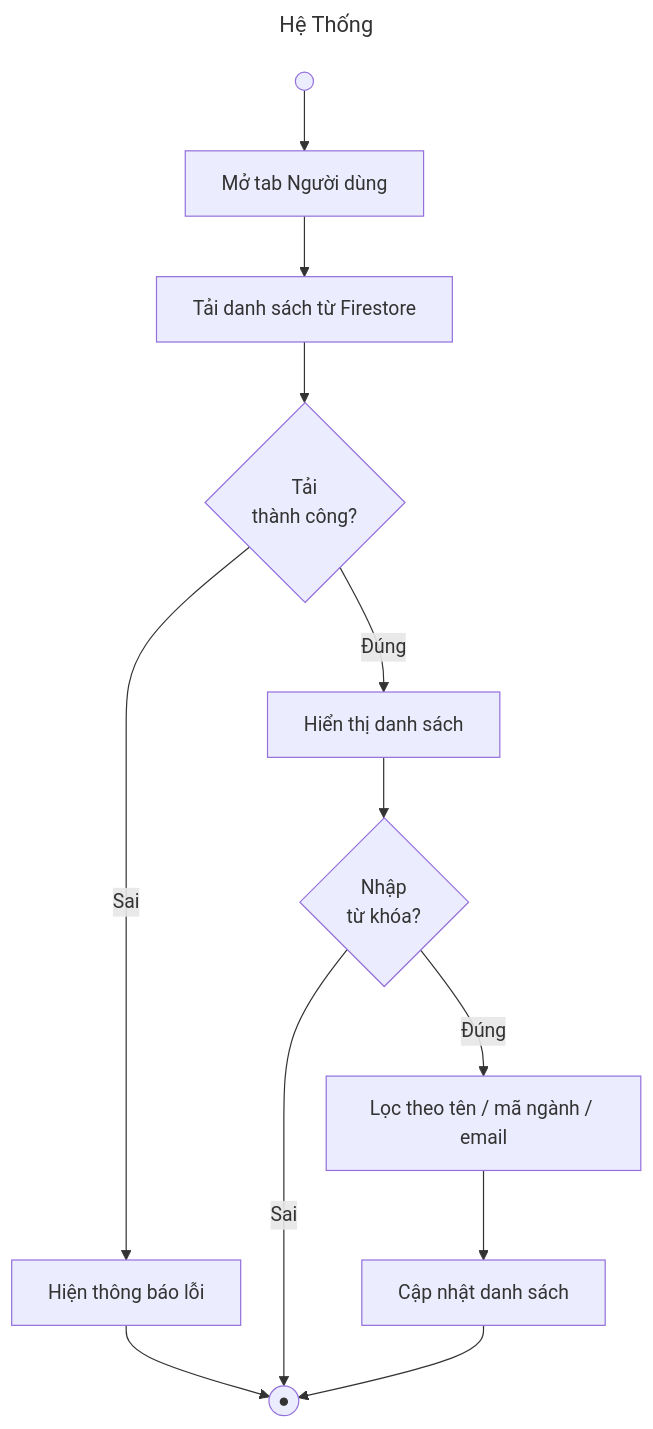
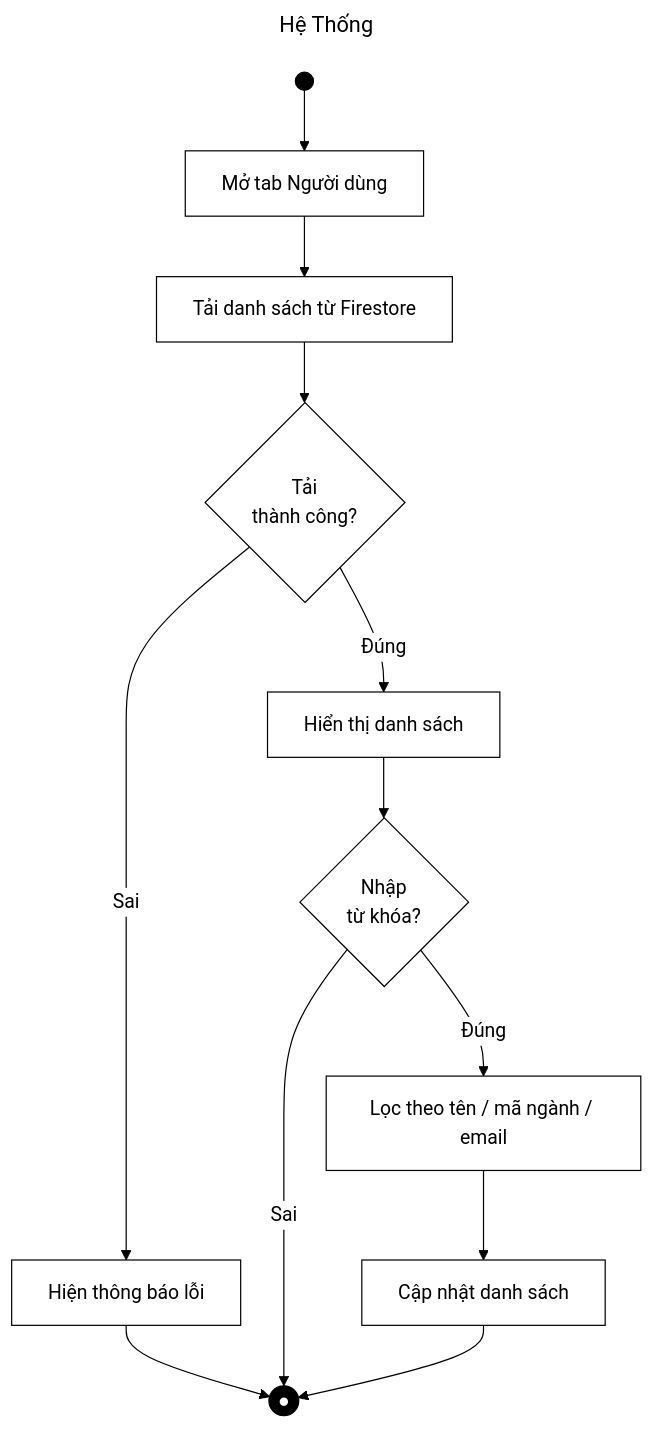
Before and after one commit to Babiboyy55/TaskHeroPKA: the second of 22 diagrams in Activity_Diagrams.md, drawn with Mermaid. The commit also changed other lines of this file, not shown here.

````diff
--- a/Activity_Diagrams.md
+++ b/Activity_Diagrams.md
@@ -24,17 +27,20 @@
 ```mermaid
 ---
 title: Hệ Thống
 ---
+%%{init: {'theme':'base', 'themeVariables': {'primaryColor':'#ffffff', 'primaryBorderColor':'#000000', 'primaryTextColor':'#000000', 'lineColor':'#000000', 'edgeLabelBackground':'#ffffff', 'tertiaryColor':'#ffffff'}}}%%
 flowchart TD
-    S(( )) --> A[Mở tab Người dùng]
+    classDef default fill:#ffffff,stroke:#000000,stroke-width:1px,color:#000000;
+    classDef blackNode fill:#000000,stroke:#000000,stroke-width:1px,color:#ffffff;
+    S(( )):::blackNode --> A[Mở tab Người dùng]
     A --> B[Tải danh sách từ Firestore]
     B --> D1{Tải\nthành công?}
     D1 -- Sai --> X[Hiện thông báo lỗi]
-    X --> E((●))
+    X --> E((●)):::blackNode
     D1 -- Đúng --> C[Hiển thị danh sách]
     C --> D2{Nhập\ntừ khóa?}
     D2 -- Sai --> E
     D2 -- Đúng --> F[Lọc theo tên / mã ngành / email]
     F --> G[Cập nhật danh sách]
     G --> E
 ```
````
